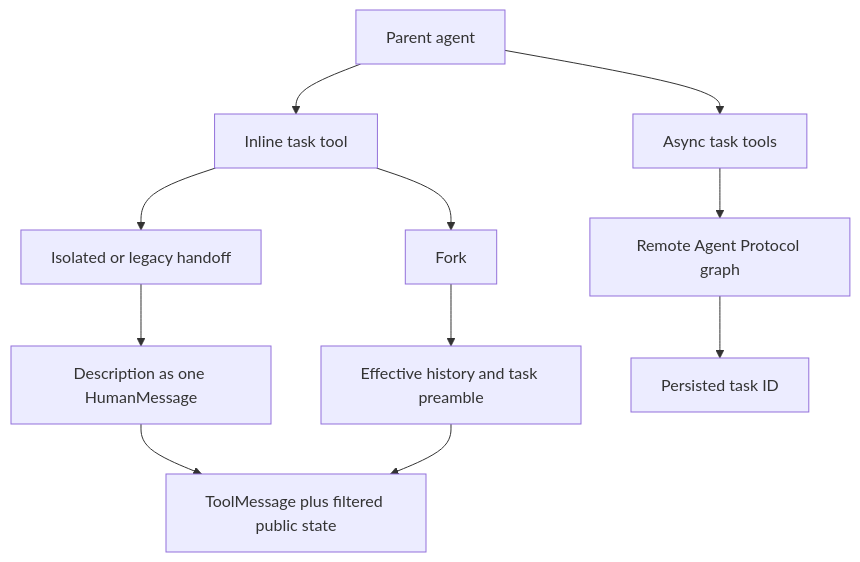
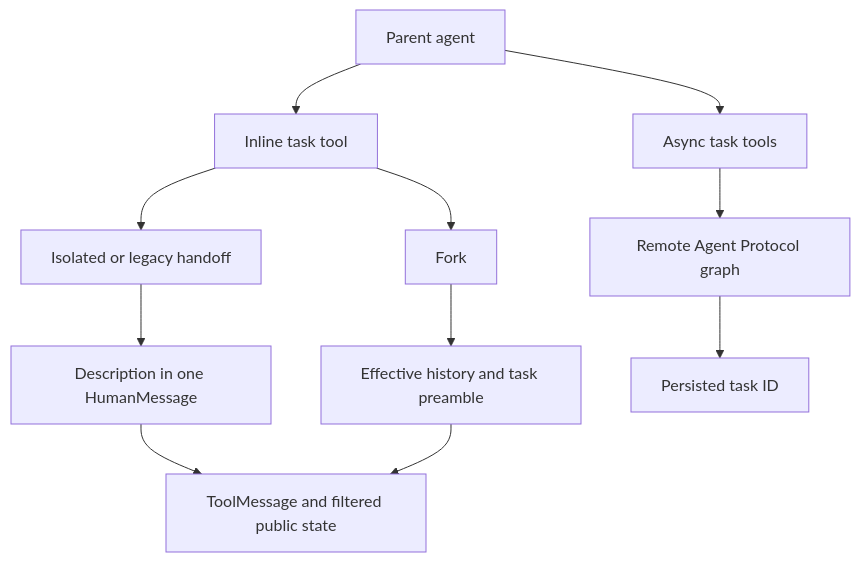
The diagram in openwiki/concepts/subagents-skills.md (jkennedyvz/deepagents), drawn with Mermaid before and after one commit. The commit also changed other lines of this file and 63 other files, not shown here.

````diff
--- a/openwiki/concepts/subagents-skills.md
+++ b/openwiki/concepts/subagents-skills.md
@@ -53,13 +61,13 @@
 ```mermaid
 flowchart TD
     Parent["Parent agent"] --> Task["Inline task tool"]
     Task --> Isolated["Isolated or legacy handoff"]
     Task --> Fork["Fork"]
-    Isolated --> Fresh["Description as one HumanMessage"]
+    Isolated --> Fresh["Description in one HumanMessage"]
     Fork --> Context["Effective history and task preamble"]
-    Fresh --> Reply["ToolMessage plus filtered public state"]
+    Fresh --> Reply["ToolMessage and filtered public state"]
     Context --> Reply
     Parent --> AsyncTools["Async task tools"]
     AsyncTools --> Remote["Remote Agent Protocol graph"]
     Remote --> Handle["Persisted task ID"]
 ```
````
